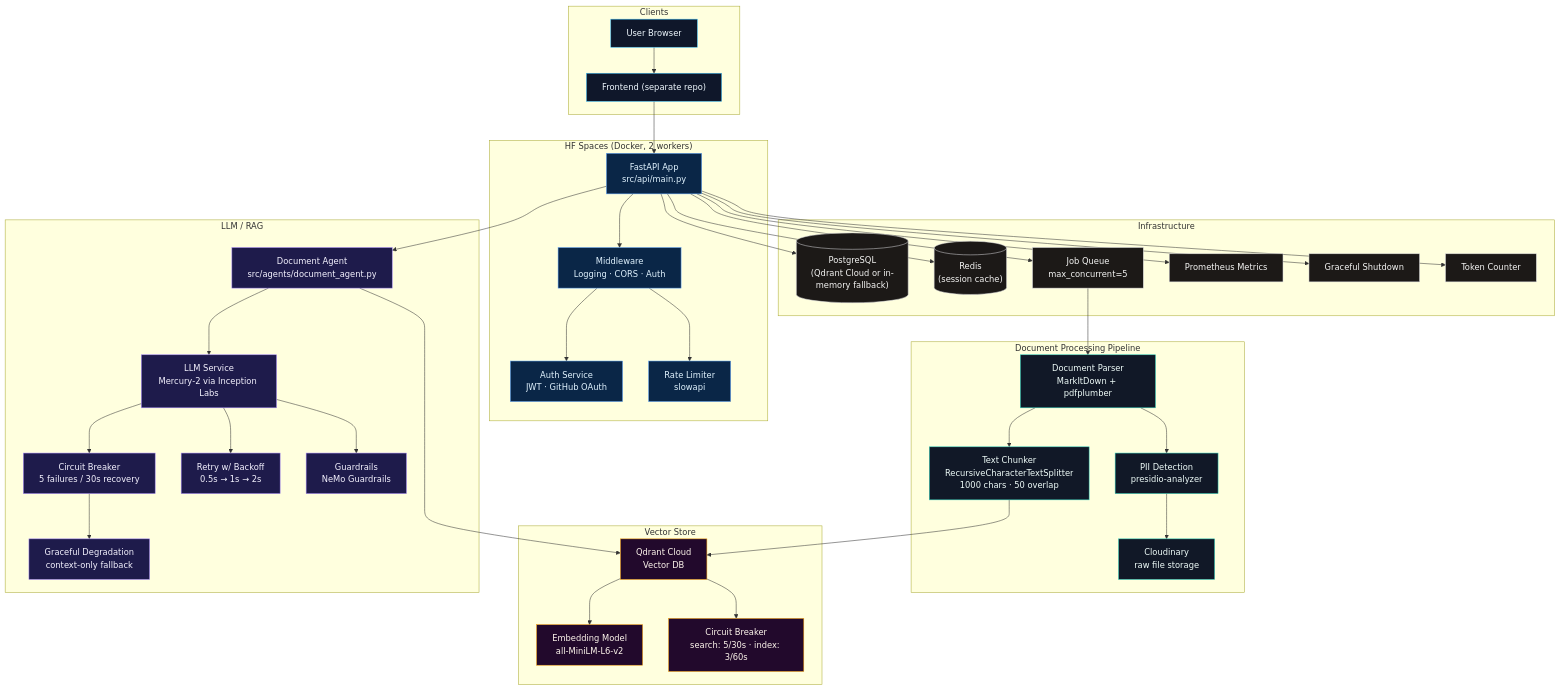
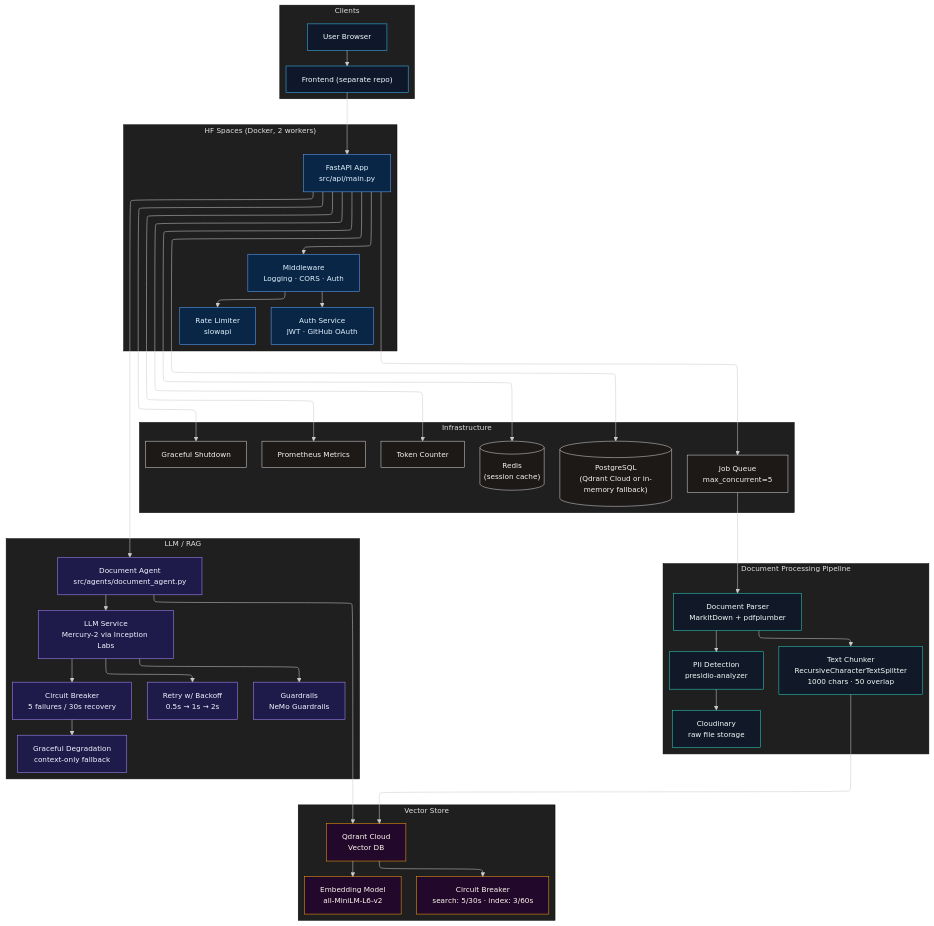
Before and after one commit to AKXLR8/vector-auditor: the diagram in README.md, drawn with Mermaid.

````diff
--- a/README.md
+++ b/README.md
@@ -33,4 +33,9 @@
 ```mermaid
+---
+config:
+  layout: elk
+  theme: neo-dark
+---
 graph TB
   subgraph Clients
     User["User Browser"]
````
